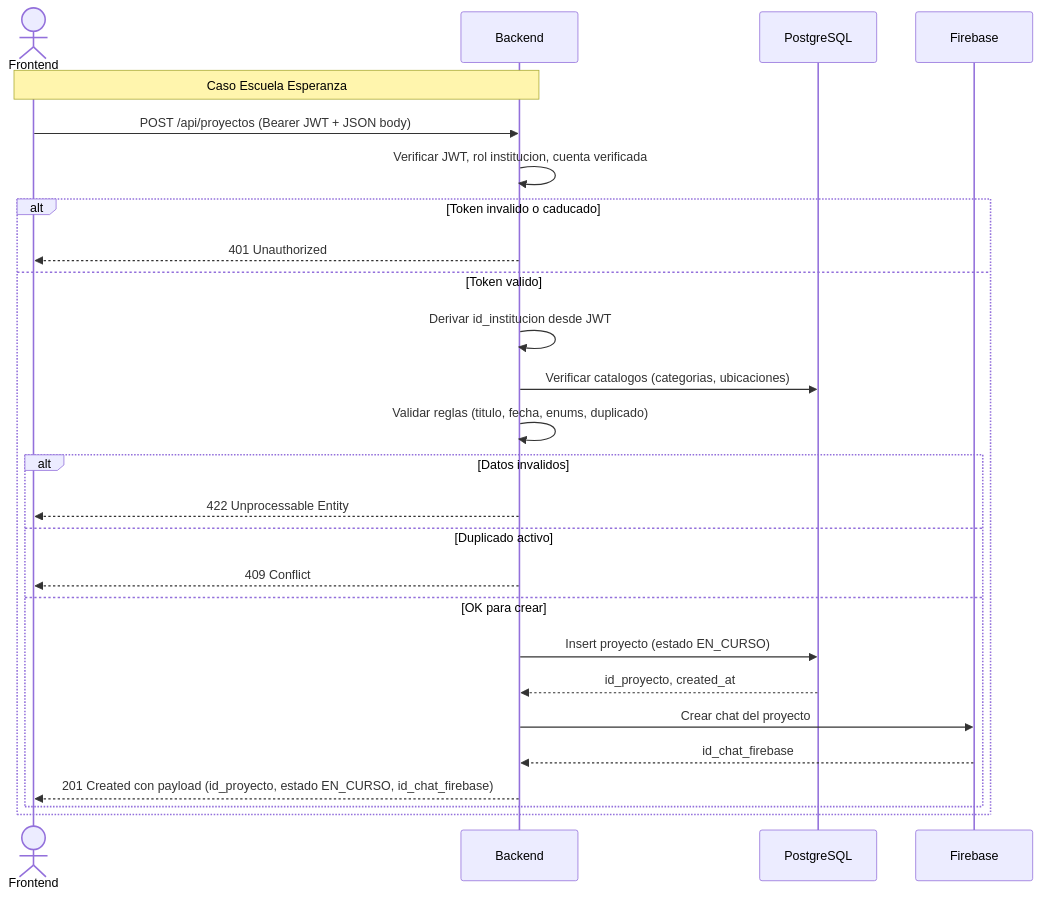
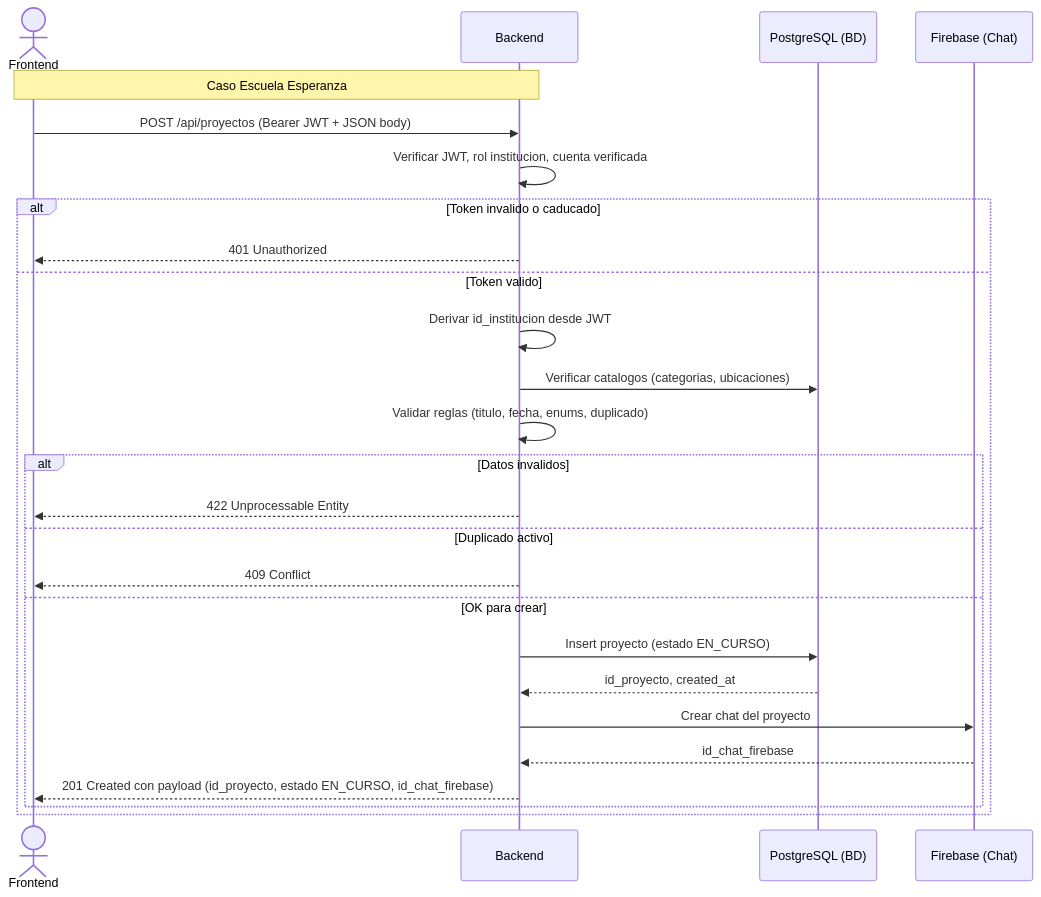
The first of 2 diagrams in docs-site/docs/dev/api/contratos/proyectos/crear_proyecto.mdx (MVRU/Conectando-Corazones), drawn with Mermaid before and after one commit. The commit also changed other lines of this file and 11 other files, not shown here.

````diff
--- a/docs-site/docs/dev/api/contratos/proyectos/crear_proyecto.mdx
+++ b/docs-site/docs/dev/api/contratos/proyectos/crear_proyecto.mdx
@@ -205,29 +205,29 @@
 ```mermaid
 sequenceDiagram
 actor Usuario as Frontend
 participant API as Backend
-participant DB as PostgreSQL
-participant Chat as Firebase
+participant DB as PostgreSQL (BD)
+participant Chat as Firebase (Chat)
 
 Note over Usuario,API: Caso Escuela Esperanza
 Usuario->>API: POST /api/proyectos (Bearer JWT + JSON body)
 API->>API: Verificar JWT, rol institucion, cuenta verificada
 alt Token invalido o caducado
   API-->>Usuario: 401 Unauthorized
 else Token valido
   API->>API: Derivar id_institucion desde JWT
   API->>DB: Verificar catalogos (categorias, ubicaciones)
   API->>API: Validar reglas (titulo, fecha, enums, duplicado)
   alt Datos invalidos
     API-->>Usuario: 422 Unprocessable Entity
   else Duplicado activo
     API-->>Usuario: 409 Conflict
   else OK para crear
     API->>DB: Insert proyecto (estado EN_CURSO)
     DB-->>API: id_proyecto, created_at
     API->>Chat: Crear chat del proyecto
     Chat-->>API: id_chat_firebase
     API-->>Usuario: 201 Created con payload (id_proyecto, estado EN_CURSO, id_chat_firebase)
   end
 end
 ```
````
